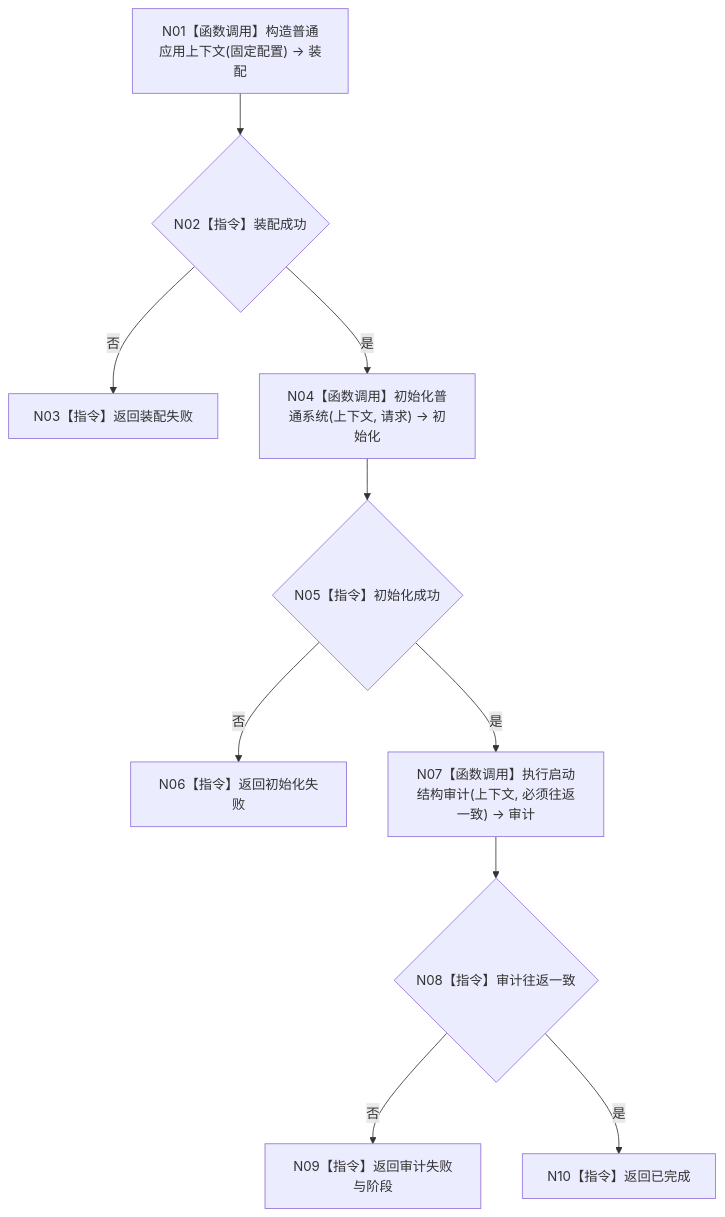
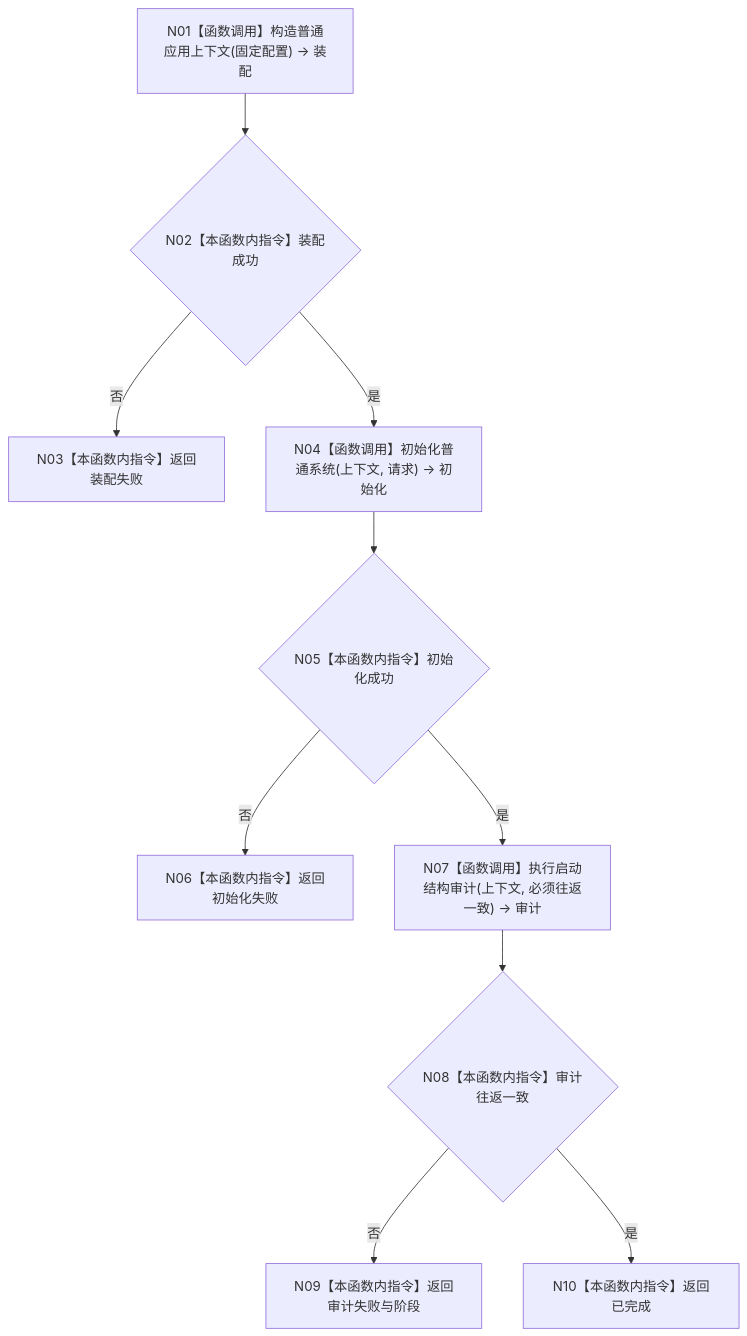
Before and after one commit to chunhaizh-cyber/HY-Ego: the diagram in 流程图/20260726_ENTRY-ONLY_F11_运行数据库专项_施工流程图_v0.1.md, drawn with Mermaid. The commit also changed other lines of this file and 88 other files, not shown here.

````diff
--- a/流程图/20260726_ENTRY-ONLY_F11_运行数据库专项_施工流程图_v0.1.md
+++ b/流程图/20260726_ENTRY-ONLY_F11_运行数据库专项_施工流程图_v0.1.md
@@ -8,12 +28,12 @@
 ```mermaid
 flowchart TD
-    N01["N01【函数调用】构造普通应用上下文(固定配置) -> 装配"] --> N02{"N02【指令】装配成功"}
-    N02 -- "否" --> R1["N03【指令】返回装配失败"]
+    N01["N01【函数调用】构造普通应用上下文(固定配置) -> 装配"] --> N02{"N02【本函数内指令】装配成功"}
+    N02 -- "否" --> R1["N03【本函数内指令】返回装配失败"]
     N02 -- "是" --> N04["N04【函数调用】初始化普通系统(上下文, 请求) -> 初始化"]
-    N04 --> N05{"N05【指令】初始化成功"}
-    N05 -- "否" --> R2["N06【指令】返回初始化失败"]
+    N04 --> N05{"N05【本函数内指令】初始化成功"}
+    N05 -- "否" --> R2["N06【本函数内指令】返回初始化失败"]
     N05 -- "是" --> N07["N07【函数调用】执行启动结构审计(上下文, 必须往返一致) -> 审计"]
-    N07 --> N08{"N08【指令】审计往返一致"}
-    N08 -- "否" --> R3["N09【指令】返回审计失败与阶段"]
-    N08 -- "是" --> N10["N10【指令】返回已完成"]
+    N07 --> N08{"N08【本函数内指令】审计往返一致"}
+    N08 -- "否" --> R3["N09【本函数内指令】返回审计失败与阶段"]
+    N08 -- "是" --> N10["N10【本函数内指令】返回已完成"]
 ```
````
